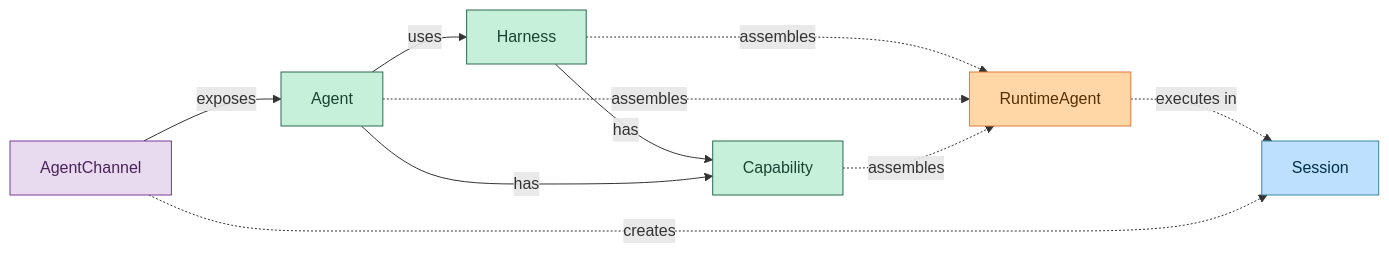
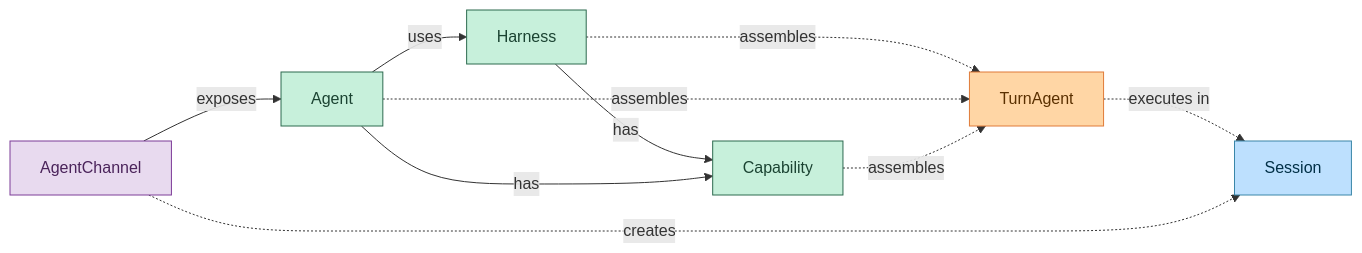
Before and after one commit to everruns/everruns: the first of 3 diagrams in knowledge/foundations/concepts.md, drawn with Mermaid. The commit also changed other lines of this file and 143 other files, not shown here.

````diff
--- a/knowledge/foundations/concepts.md
+++ b/knowledge/foundations/concepts.md
@@ -17,25 +17,25 @@
 ```mermaid
 graph LR
     Agent -->|uses| Harness
     Harness -->|has| Capability
     Agent -->|has| Capability
 
-    Harness -.->|assembles| RuntimeAgent
-    Agent -.->|assembles| RuntimeAgent
-    Capability -.->|assembles| RuntimeAgent
+    Harness -.->|assembles| TurnAgent
+    Agent -.->|assembles| TurnAgent
+    Capability -.->|assembles| TurnAgent
 
-    RuntimeAgent -.->|executes in| Session
+    TurnAgent -.->|executes in| Session
 
     AgentChannel -->|exposes| Agent
     AgentChannel -.->|creates| Session
 
     classDef config fill:#c7f0db,stroke:#2d6a4f,color:#1b4332
     classDef assembly fill:#ffd6a5,stroke:#e07b39,color:#5a3000
     classDef runtime fill:#bde0fe,stroke:#3a86a8,color:#023047
     classDef deploy fill:#e8daef,stroke:#7d3c98,color:#4a235a
 
     class Harness,Agent,Capability config
-    class RuntimeAgent assembly
+    class TurnAgent assembly
     class Session runtime
     class AgentChannel deploy
 ```
````
